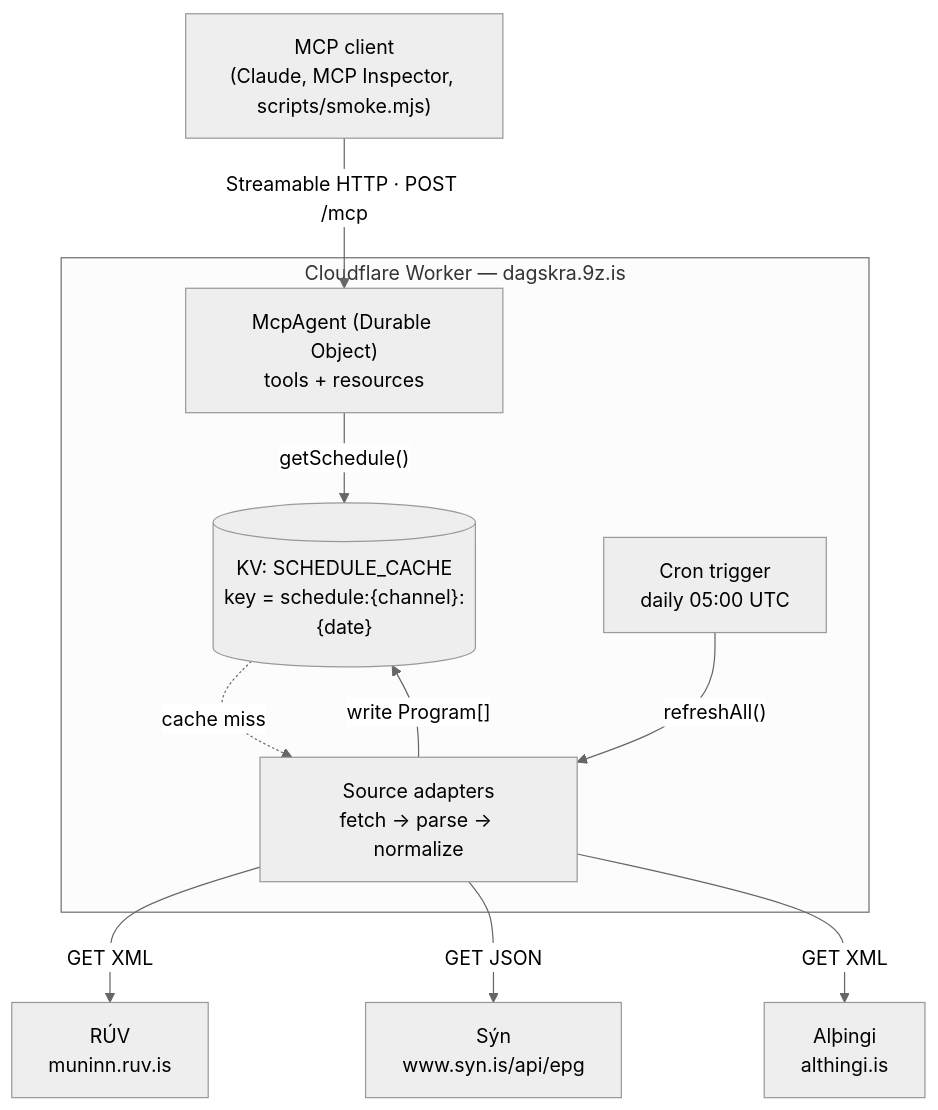
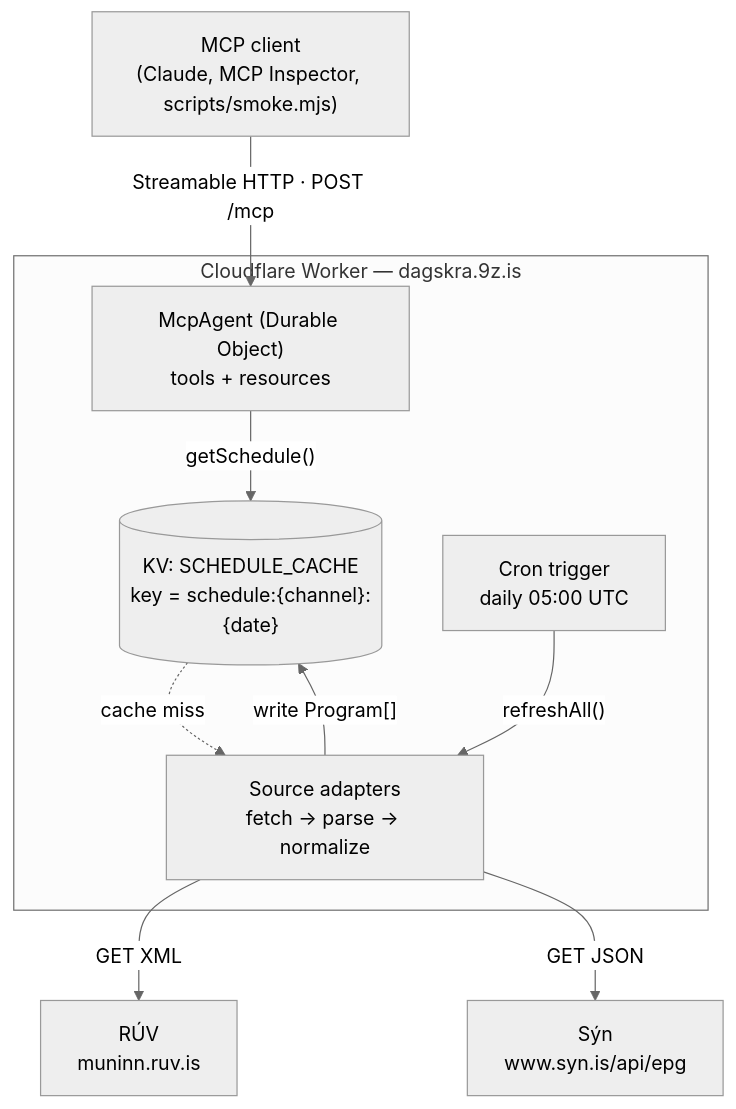
Before and after one commit to HermannBjorgvin/dagskra: the first of 3 diagrams in README.md, drawn with Mermaid (neutral theme). The commit also changed other lines of this file and 5 other files, not shown here.

````diff
--- a/README.md
+++ b/README.md
@@ -85,21 +85,20 @@
 ```mermaid
 flowchart TD
     Client["MCP client<br/>(Claude, MCP Inspector, scripts/smoke.mjs)"]
     Client -->|"Streamable HTTP · POST /mcp"| MCP
 
     subgraph Worker["Cloudflare Worker — dagskra.9z.is"]
         MCP["McpAgent (Durable Object)<br/>tools + resources"]
         KV[("KV: SCHEDULE_CACHE<br/>key = schedule:{channel}:{date}")]
         Cron["Cron trigger<br/>daily 05:00 UTC"]
         Adapters["Source adapters<br/>fetch → parse → normalize"]
 
         MCP -->|"getSchedule()"| KV
         KV -.->|"cache miss"| Adapters
         Cron -->|"refreshAll()"| Adapters
         Adapters -->|"write Program[]"| KV
     end
 
     Adapters -->|"GET XML"| RUV["RÚV<br/>muninn.ruv.is"]
     Adapters -->|"GET JSON"| SYN["Sýn<br/>www.syn.is/api/epg"]
-    Adapters -->|"GET XML"| ALT["Alþingi<br/>althingi.is"]
 ```
````
